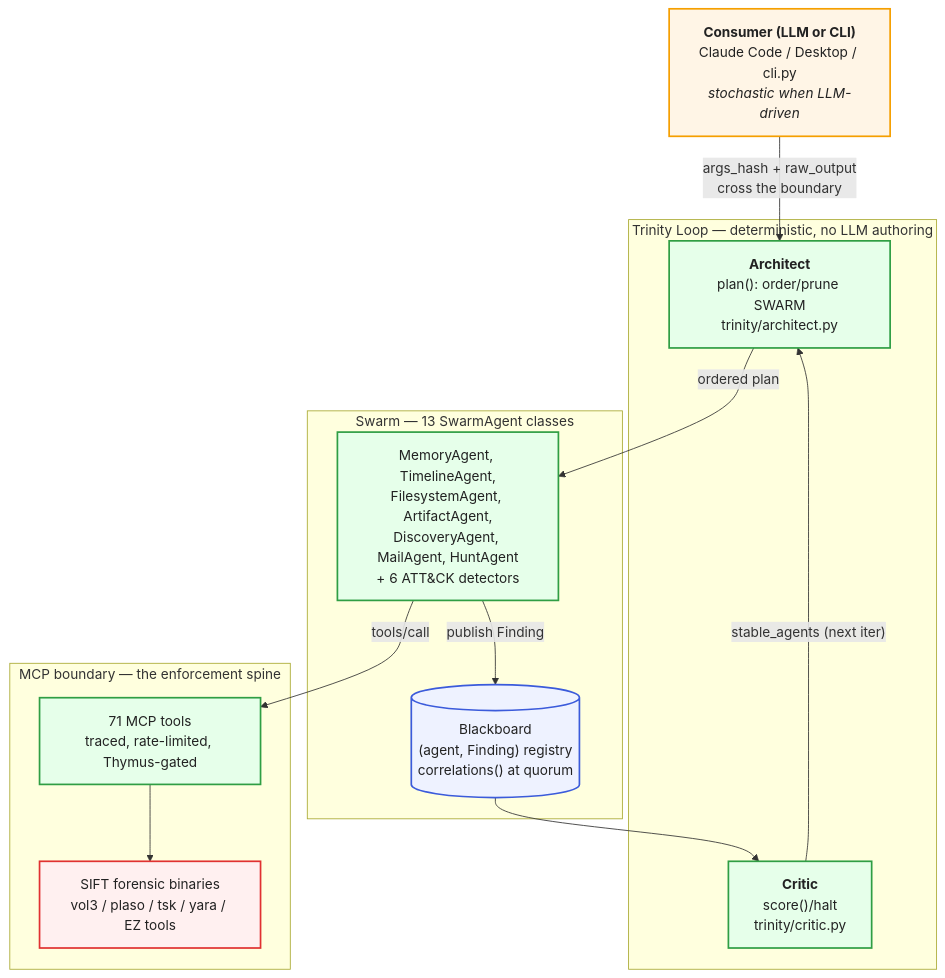
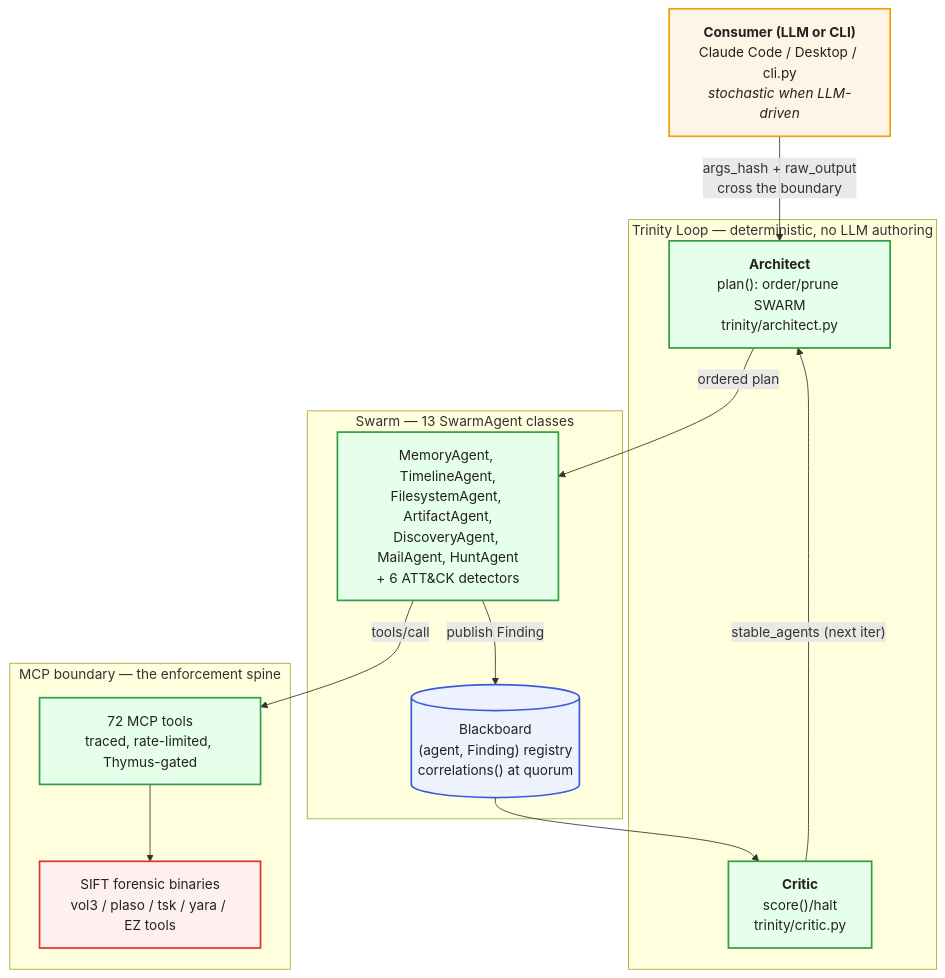
The diagram in docs/10-agents/agentic-architecture.md (galvangabriel-web/agentropix-mcp), drawn with Mermaid before and after one commit. The commit also changed 64 other files, not shown here.

````diff
--- a/docs/10-agents/agentic-architecture.md
+++ b/docs/10-agents/agentic-architecture.md
@@ -44,32 +44,32 @@
 ```mermaid
 flowchart TB
     LLM["<b>Consumer (LLM or CLI)</b><br/>Claude Code / Desktop / cli.py<br/><i>stochastic when LLM-driven</i>"]:::stoch
 
     subgraph TR["Trinity Loop — deterministic, no LLM authoring"]
         ARCH["<b>Architect</b><br/>plan(): order/prune SWARM<br/>trinity/architect.py"]:::det
         CRIT["<b>Critic</b><br/>score()/halt<br/>trinity/critic.py"]:::det
     end
 
     subgraph SW["Swarm — 13 SwarmAgent classes"]
         AGENTS["MemoryAgent, TimelineAgent,<br/>FilesystemAgent, ArtifactAgent,<br/>DiscoveryAgent, MailAgent, HuntAgent<br/>+ 6 ATT&CK detectors"]:::det
         BB[("Blackboard<br/>(agent, Finding) registry<br/>correlations() at quorum")]:::anchor
     end
 
     subgraph MCP["MCP boundary — the enforcement spine"]
-        TOOLS["71 MCP tools<br/>traced, rate-limited, Thymus-gated"]:::det
+        TOOLS["72 MCP tools<br/>traced, rate-limited, Thymus-gated"]:::det
         BIN["SIFT forensic binaries<br/>vol3 / plaso / tsk / yara / EZ tools"]:::leak
     end
 
     LLM -- "args_hash + raw_output<br/>cross the boundary" --> ARCH
     ARCH -- "ordered plan" --> AGENTS
     AGENTS -- "publish Finding" --> BB
     AGENTS -- "tools/call" --> TOOLS
     TOOLS --> BIN
     BB --> CRIT
     CRIT -- "stable_agents (next iter)" --> ARCH
 
     classDef stoch fill:#fff5e6,stroke:#f59f00,stroke-width:2px,color:#222
     classDef det fill:#e6ffea,stroke:#2f9e44,stroke-width:2px,color:#222
     classDef leak fill:#fff0f0,stroke:#e03131,stroke-width:2px,color:#222
     classDef anchor fill:#eef2ff,stroke:#3b5bdb,stroke-width:2px,color:#222
 ```
````
